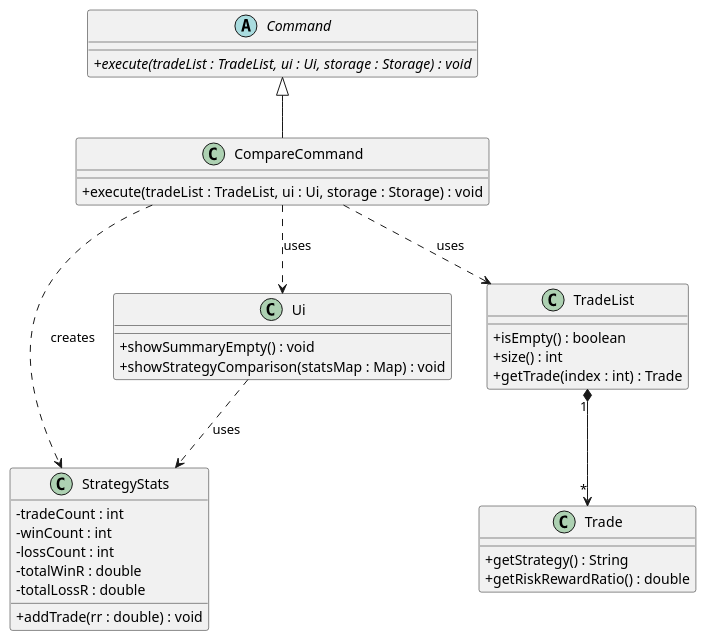
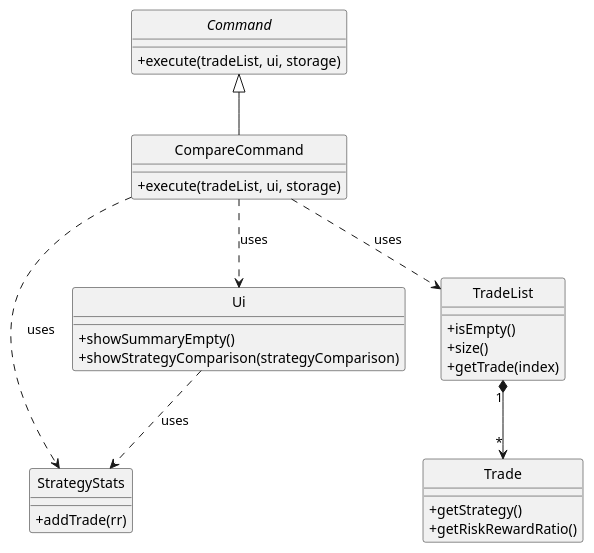
One commit to Cydriccwx/tp changed the diagram in docs/diagrams/compare-class-diagram.puml. Above: the diagram before and after it, drawn with PlantUML. The commit also changed 14 other files, not shown here.

```diff
--- a/docs/diagrams/compare-class-diagram.puml
+++ b/docs/diagrams/compare-class-diagram.puml
@@ -1,43 +1,39 @@
 @startuml
+skinparam Style strictuml
 skinparam classAttributeIconSize 0
 
 abstract class Command {
-    +execute(tradeList : TradeList, ui : Ui, storage : Storage) : void {abstract}
+    +execute(tradeList, ui, storage)
 }
 
 class CompareCommand {
-    +execute(tradeList : TradeList, ui : Ui, storage : Storage) : void
+    +execute(tradeList, ui, storage)
 }
 
 class StrategyStats {
-    -tradeCount : int
-    -winCount : int
-    -lossCount : int
-    -totalWinR : double
-    -totalLossR : double
-    +addTrade(rr : double) : void
+    +addTrade(rr)
 }
 
 class TradeList {
-    +isEmpty() : boolean
-    +size() : int
-    +getTrade(index : int) : Trade
+    +isEmpty()
+    +size()
+    +getTrade(index)
 }
 
 class Trade {
-    +getStrategy() : String
-    +getRiskRewardRatio() : double
+    +getStrategy()
+    +getRiskRewardRatio()
 }
 
 class Ui {
-    +showSummaryEmpty() : void
-    +showStrategyComparison(statsMap : Map) : void
+    +showSummaryEmpty()
+    +showStrategyComparison(strategyComparison)
 }
 
 Command <|-- CompareCommand
 CompareCommand ..> TradeList : uses
 CompareCommand ..> Ui : uses
-CompareCommand ..> StrategyStats : creates
+CompareCommand ..> StrategyStats : uses
 TradeList "1" *--> "*" Trade
 Ui ..> StrategyStats : uses
 @enduml
```
